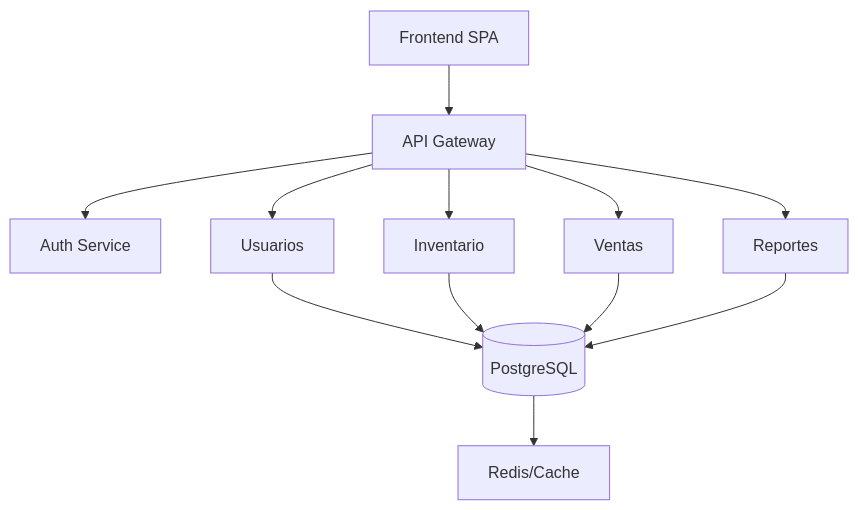
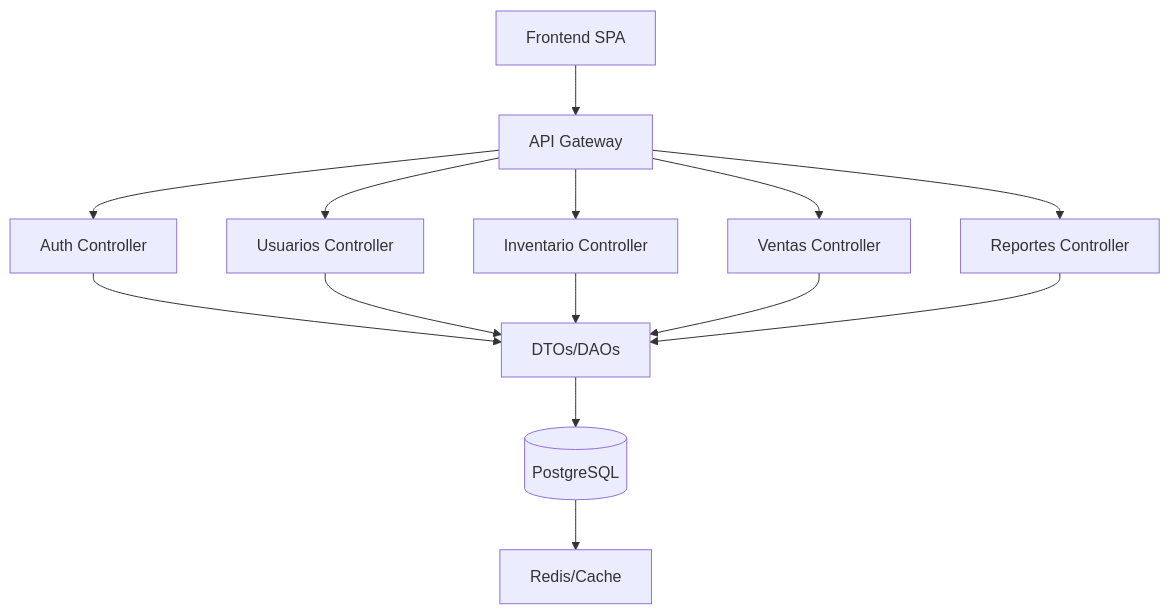
The diagram in api/README.md (EdgarGmz/project-web), drawn with Mermaid before and after one commit. The commit also changed other lines of this file and 18 other files, not shown here.

````diff
--- a/api/README.md
+++ b/api/README.md
@@ -21,11 +23,12 @@
 ```mermaid
 flowchart TD
-   A[Frontend SPA] --> B[API Gateway]
-   B --> C1[Auth Service]
-   B --> C2[Usuarios]
-   B --> C3[Inventario]
-   B --> C4[Ventas]
-   B --> C5[Reportes]
-   C2 & C3 & C4 & C5 --> D[(PostgreSQL)]
-   D --> E[Redis/Cache]
+     A[Frontend SPA] --> B[API Gateway]
+     B --> C1[Auth Controller]
+     B --> C2[Usuarios Controller]
+     B --> C3[Inventario Controller]
+     B --> C4[Ventas Controller]
+     B --> C5[Reportes Controller]
+     C1 & C2 & C3 & C4 & C5 --> D[DTOs/DAOs]
+     D --> E[(PostgreSQL)]
+     E --> F[Redis/Cache]
 ```
````
